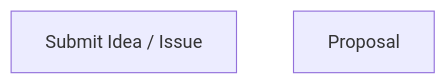
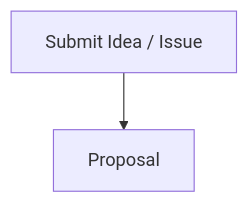
One commit to Alex-Rafter/wiki changed the diagram in bsk-els-project-workflow.md. Above: the diagram before and after it, drawn with Mermaid.

````diff
--- a/bsk-els-project-workflow.md
+++ b/bsk-els-project-workflow.md
@@ -3,8 +3,7 @@
 ```mermaid
 
 flowchart TD
 
-A[Submit Idea / Issue]
-B[Proposal]
+A[Submit Idea / Issue] --> B[Proposal]
 
 ```
````
